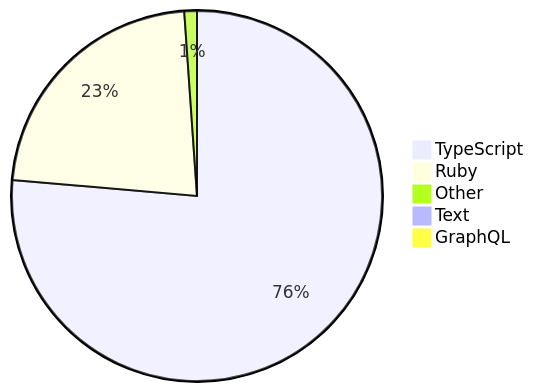
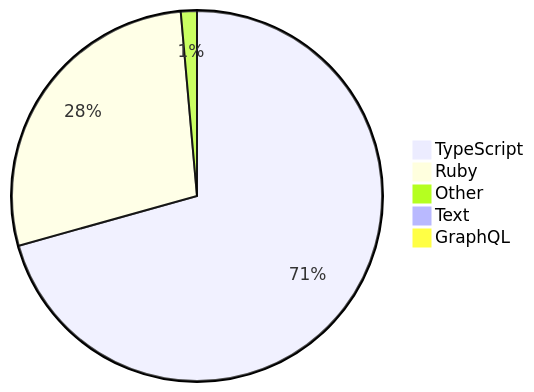
Before and after one commit to skvggor/skvggor: the diagram in README.md, drawn with Mermaid.

Commit message:
Updated waka-readme graph with new metrics

````diff
--- a/README.md
+++ b/README.md
@@ -16,8 +16,8 @@
 ```mermaid
 pie
-    "TypeScript" : 76.3
-    "Ruby" : 22.5
-    "Other" : 1.1
+    "TypeScript" : 70.6
+    "Ruby" : 27.9
+    "Other" : 1.4
     "Text" : 0.0
     "GraphQL" : 0.0
 ```
````
